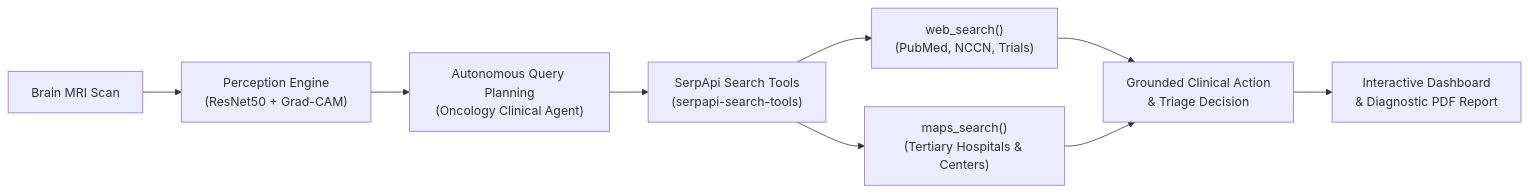
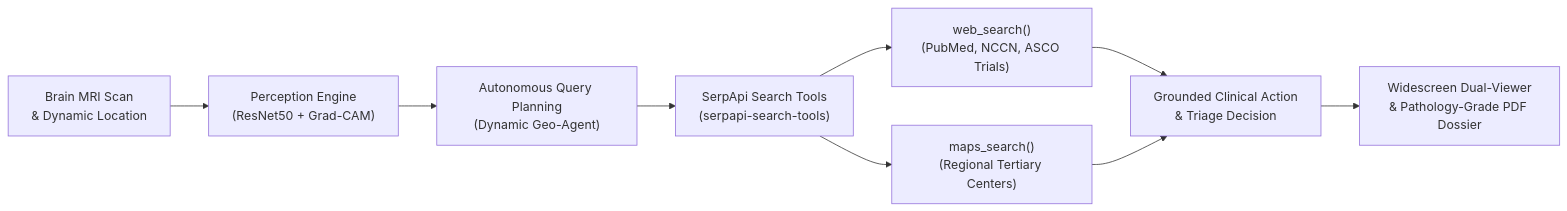
The diagram in README.md (moonylit/brain-tumour-agent), drawn with Mermaid before and after one commit. The commit also changed other lines of this file and 19 other files, not shown here.

Commit message:
feat: upgrade clinical decision dashboard, dynamic geo-agent routing & pathology PDF dossier

````diff
--- a/README.md
+++ b/README.md
@@ -13,11 +13,11 @@
 ```mermaid
 flowchart LR
-    A["Brain MRI Scan"] --> B["Perception Engine\n(ResNet50 + Grad-CAM)"]
-    B --> C["Autonomous Query Planning\n(Oncology Clinical Agent)"]
+    A["Brain MRI Scan\n& Dynamic Location"] --> B["Perception Engine\n(ResNet50 + Grad-CAM)"]
+    B --> C["Autonomous Query Planning\n(Dynamic Geo-Agent)"]
     C --> D["SerpApi Search Tools\n(serpapi-search-tools)"]
-    D --> E["web_search()\n(PubMed, NCCN, Trials)"]
-    D --> F["maps_search()\n(Tertiary Hospitals & Centers)"]
+    D --> E["web_search()\n(PubMed, NCCN, ASCO Trials)"]
+    D --> F["maps_search()\n(Regional Tertiary Centers)"]
     E --> G["Grounded Clinical Action\n& Triage Decision"]
     F --> G
-    G --> H["Interactive Dashboard\n& Diagnostic PDF Report"]
+    G --> H["Widescreen Dual-Viewer\n& Pathology-Grade PDF Dossier"]
 ```
````
